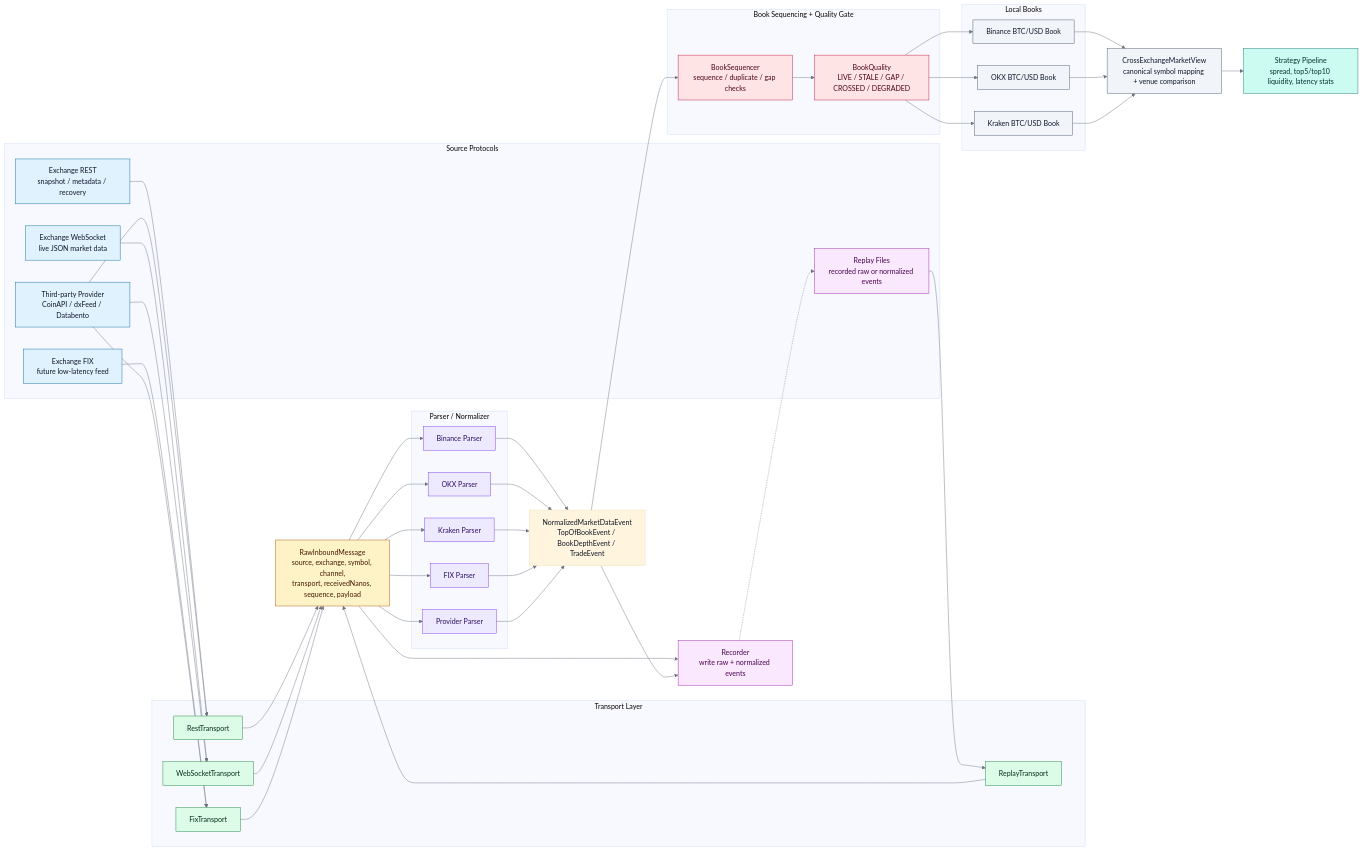
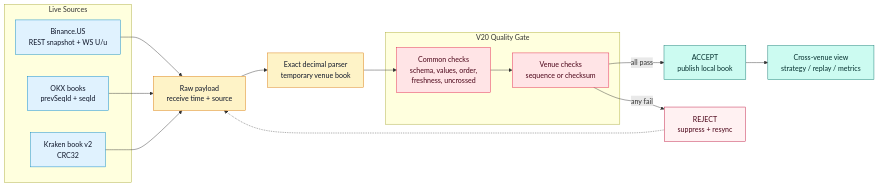
The diagram in docs/data-source-diagram.md (foolish318/crypto_ats), drawn with Mermaid before and after one commit. The commit also changed other lines of this file and 14 other files, not shown here.

Commit message:
Add deep book quality gate

````diff
--- a/docs/data-source-diagram.md
+++ b/docs/data-source-diagram.md
@@ -14,105 +15,43 @@
 ```mermaid
-%%{init: {"theme": "base", "themeVariables": {"fontFamily": "Inter, Arial, sans-serif", "primaryTextColor": "#111827", "lineColor": "#6b7280"}}}%%
 flowchart LR
-    subgraph S["Source Protocols"]
-        REST["Exchange REST<br/>snapshot / metadata / recovery"]
-        WS["Exchange WebSocket<br/>live JSON market data"]
-        FIX["Exchange FIX<br/>future low-latency feed"]
-        THIRD["Third-party Provider<br/>CoinAPI / dxFeed / Databento"]
-        REPLAY["Replay Files<br/>recorded raw or normalized events"]
+    subgraph S["Live Sources"]
+        BIN["Binance.US<br/>REST snapshot + WS U/u"]
+        OKX["OKX books<br/>prevSeqId + seqId"]
+        KRK["Kraken book v2<br/>CRC32"]
     end
 
-    subgraph T["Transport Layer"]
-        RT["RestTransport"]
-        WT["WebSocketTransport"]
-        FT["FixTransport"]
-        RPT["ReplayTransport"]
+    RAW["Raw payload<br/>receive time + source"]
+    PARSE["Exact decimal parser<br/>temporary venue book"]
+
+    subgraph Q["V20 Quality Gate"]
+        COMMON["Common checks<br/>schema, values, order,<br/>freshness, uncrossed"]
+        VENUE["Venue checks<br/>sequence or checksum"]
     end
 
-    RAW["RawInboundMessage<br/>source, exchange, symbol, channel,<br/>transport, receivedNanos, sequence, payload"]
+    ACCEPT["ACCEPT<br/>publish local book"]
+    REJECT["REJECT<br/>suppress + resync"]
+    CONSUMER["Cross-venue view<br/>strategy / replay / metrics"]
 
-    subgraph N["Parser / Normalizer"]
-        BP["Binance Parser"]
-        OP["OKX Parser"]
-        KP["Kraken Parser"]
-        FP["FIX Parser"]
-        PP["Provider Parser"]
-    end
+    BIN --> RAW
+    OKX --> RAW
+    KRK --> RAW
+    RAW --> PARSE
+    PARSE --> COMMON
+    COMMON --> VENUE
+    VENUE -->|all pass| ACCEPT
+    VENUE -->|any fail| REJECT
+    ACCEPT --> CONSUMER
+    REJECT -.-> RAW
 
-    EVENT["NormalizedMarketDataEvent<br/>TopOfBookEvent / BookDepthEvent / TradeEvent"]
+    classDef source fill:#e0f2fe,stroke:#0284c7,color:#0f172a;
+    classDef intake fill:#fef3c7,stroke:#d97706,color:#0f172a;
+    classDef quality fill:#ffe4e6,stroke:#e11d48,color:#4c0519;
+    classDef accepted fill:#ccfbf1,stroke:#0f766e,color:#042f2e;
+    classDef rejected fill:#fff1f2,stroke:#be123c,color:#4c0519;
 
-    subgraph Q["Book Sequencing + Quality Gate"]
-        SEQ["BookSequencer<br/>sequence / duplicate / gap checks"]
-        QUAL["BookQuality<br/>LIVE / STALE / GAP / CROSSED / DEGRADED"]
-    end
-
-    subgraph B["Local Books"]
-        BB["Binance BTC/USD Book"]
-        OB["OKX BTC/USD Book"]
-        KB["Kraken BTC/USD Book"]
-    end
-
-    VIEW["CrossExchangeMarketView<br/>canonical symbol mapping + venue comparison"]
-
-    STRAT["Strategy Pipeline<br/>spread, top5/top10 liquidity, latency stats"]
-
-    REC["Recorder<br/>write raw + normalized events"]
-
-    REST --> RT
-    WS --> WT
-    FIX --> FT
-    THIRD --> RT
-    THIRD --> WT
-    THIRD --> FT
-    REPLAY --> RPT
-
-    RT --> RAW
-    WT --> RAW
-    FT --> RAW
-    RPT --> RAW
-
-    RAW --> BP
-    RAW --> OP
-    RAW --> KP
-    RAW --> FP
-    RAW --> PP
-
-    BP --> EVENT
-    OP --> EVENT
-    KP --> EVENT
-    FP --> EVENT
-    PP --> EVENT
-
-    EVENT --> SEQ
-    SEQ --> QUAL
-    QUAL --> BB
-    QUAL --> OB
-    QUAL --> KB
-
-    BB --> VIEW
-    OB --> VIEW
-    KB --> VIEW
-    VIEW --> STRAT
-
-    RAW --> REC
-    EVENT --> REC
-    REC -.-> REPLAY
-
-    classDef source fill:#e0f2fe,stroke:#0369a1,stroke-width:1px,color:#0f172a;
-    classDef transport fill:#dcfce7,stroke:#15803d,stroke-width:1px,color:#052e16;
-    classDef raw fill:#fef3c7,stroke:#b45309,stroke-width:1px,color:#451a03;
-    classDef parser fill:#ede9fe,stroke:#7c3aed,stroke-width:1px,color:#2e1065;
-    classDef quality fill:#ffe4e6,stroke:#be123c,stroke-width:1px,color:#4c0519;
-    classDef book fill:#f1f5f9,stroke:#475569,stroke-width:1px,color:#0f172a;
-    classDef strategy fill:#ccfbf1,stroke:#0f766e,stroke-width:1px,color:#042f2e;
-    classDef replay fill:#fae8ff,stroke:#a21caf,stroke-width:1px,color:#4a044e;
-
-    class REST,WS,FIX,THIRD source;
-    class RT,WT,FT,RPT transport;
-    class RAW raw;
-    class BP,OP,KP,FP,PP parser;
-    class SEQ,QUAL quality;
-    class BB,OB,KB,VIEW book;
-    class STRAT strategy;
-    class REPLAY,REC replay;
+    class BIN,OKX,KRK source;
+    class RAW,PARSE intake;
+    class COMMON,VENUE quality;
+    class ACCEPT,CONSUMER accepted;
+    class REJECT rejected;
 ```
````
